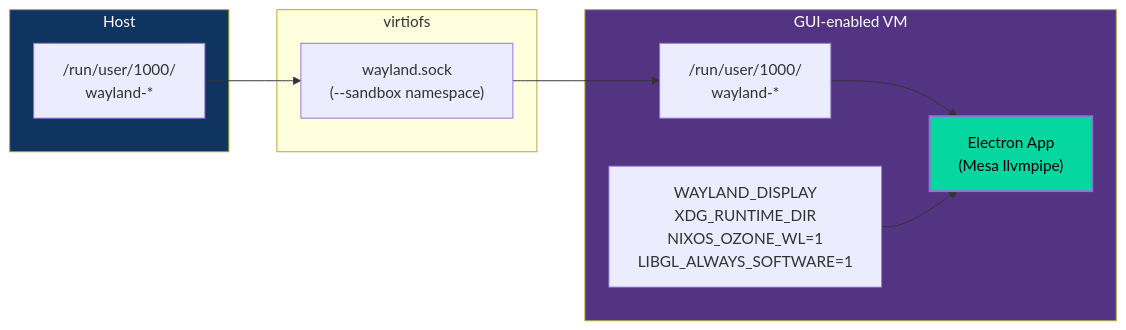
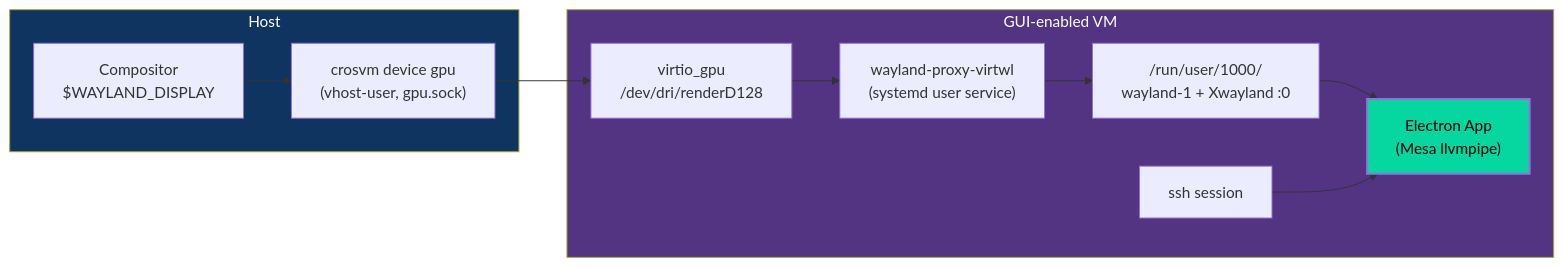
Before and after one commit to tenarches/nix-permafrost: the fifth of 7 diagrams in docs/architecture.md, drawn with Mermaid. The commit also changed other lines of this file and 2 other files, not shown here.

First line of the commit message:
docs: describe the virtio-gpu display path and waypipe fallback

````diff
--- a/docs/architecture.md
+++ b/docs/architecture.md
@@ -262,25 +273,24 @@
 ```mermaid
 graph LR
     subgraph HOST["Host"]
-        WL_SOCK["/run/user/1000/<br/>wayland-*"]
-    end
-
-    subgraph VFS["virtiofs"]
-        WL_VFS["wayland.sock<br/>(--sandbox namespace)"]
+        COMP["Compositor<br/>$WAYLAND_DISPLAY"]
+        CROSVM["crosvm device gpu<br/>(vhost-user, gpu.sock)"]
     end
 
     subgraph GUEST["GUI-enabled VM"]
-        G_WL["/run/user/1000/<br/>wayland-*"]
-        ENV["WAYLAND_DISPLAY<br/>XDG_RUNTIME_DIR<br/>NIXOS_OZONE_WL=1<br/>LIBGL_ALWAYS_SOFTWARE=1"]
+        VGPU["virtio_gpu<br/>/dev/dri/renderD128"]
+        PROXY["wayland-proxy-virtwl<br/>(systemd user service)"]
+        G_WL["/run/user/1000/<br/>wayland-1 + Xwayland :0"]
         ELECTRON["Electron App<br/>(Mesa llvmpipe)"]
+        SSH["ssh session"]
 
-        G_WL --> ELECTRON
-        ENV --> ELECTRON
+        VGPU --> PROXY --> G_WL --> ELECTRON
+        SSH --> ELECTRON
     end
 
-    WL_SOCK --> WL_VFS --> G_WL
+    COMP --> CROSVM --> VGPU
 
     style HOST fill:#0f3460,color:#fff
     style GUEST fill:#533483,color:#fff
     style ELECTRON fill:#06d6a0,color:#000,stroke-width:2px
 ```
````
